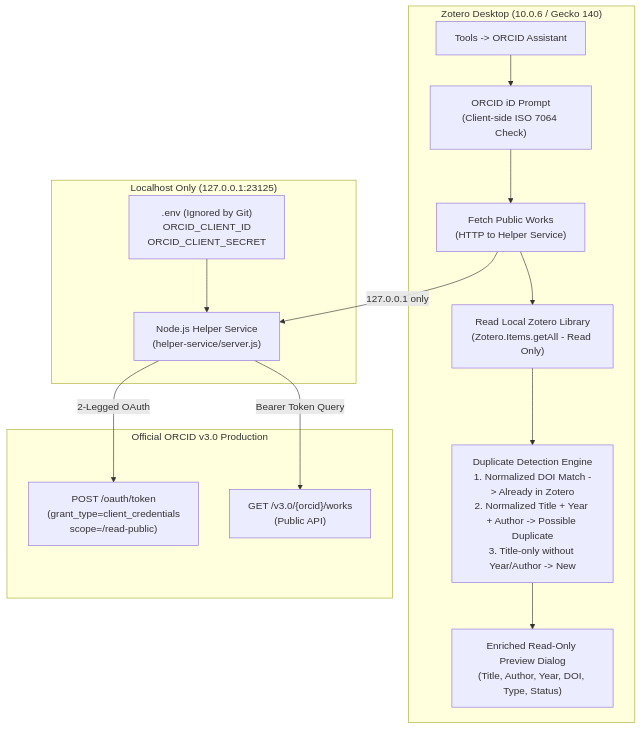
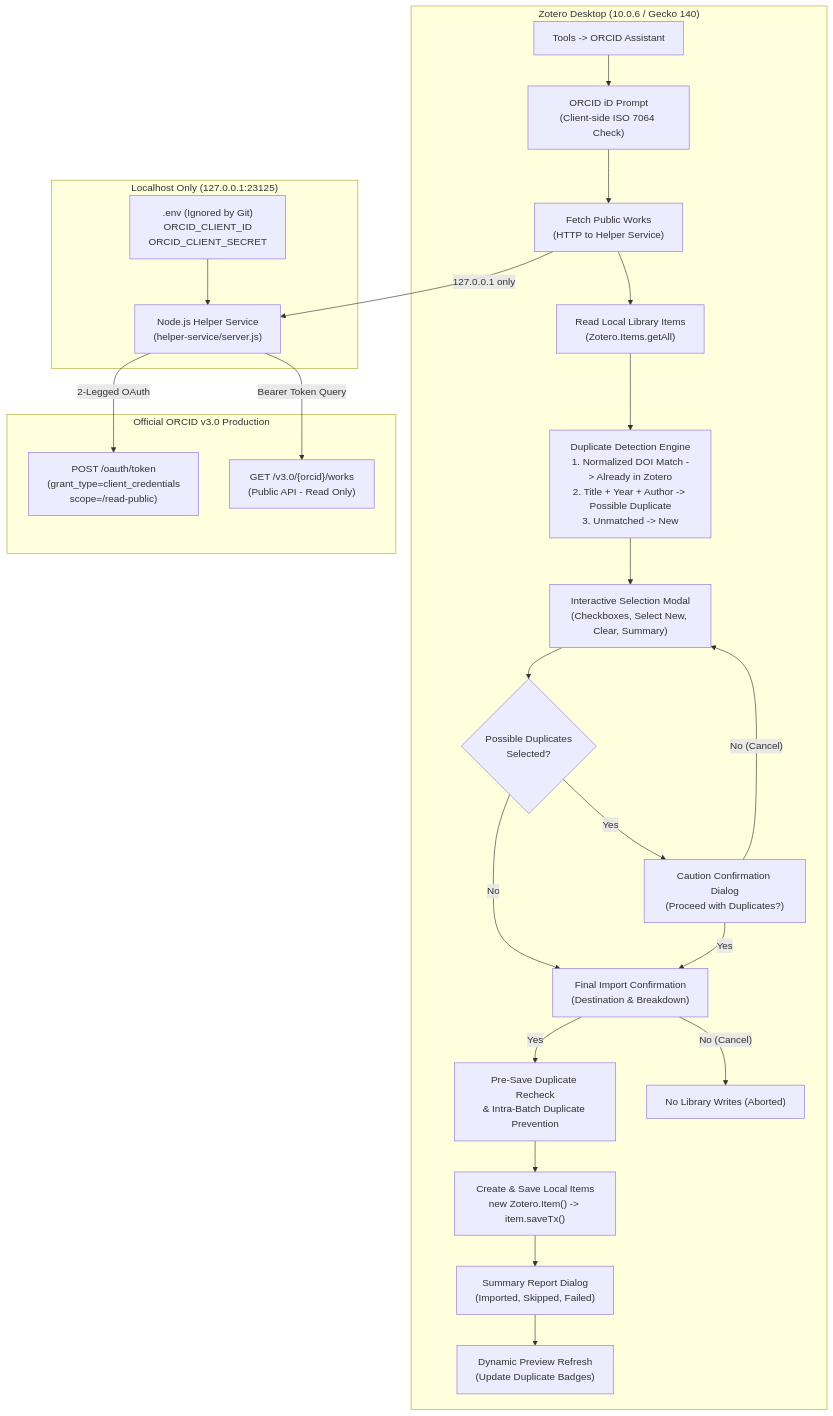
One commit to manavgarg-source3/ORCID-Assistant-for-Zotero-7 changed the diagram in README.md. Above: the diagram before and after it, drawn with Mermaid. The commit also changed other lines of this file and 2 other files, not shown here.

Commit message:
Implement Step 4: Selected publication import to local Zotero library with duplicate rechecking, two-stage confirmation, and full test suite

````diff
--- a/README.md
+++ b/README.md
@@ -17,24 +24,34 @@
 ```mermaid
 flowchart TD
     subgraph ZoteroApp["Zotero Desktop (10.0.6 / Gecko 140)"]
         Menu["Tools -> ORCID Assistant"] --> Prompt["ORCID iD Prompt\n(Client-side ISO 7064 Check)"]
         Prompt --> FetchWorks["Fetch Public Works\n(HTTP to Helper Service)"]
-        FetchWorks --> LocalLib["Read Local Zotero Library\n(Zotero.Items.getAll - Read Only)"]
-        LocalLib --> DupDetection["Duplicate Detection Engine\n1. Normalized DOI Match -> Already in Zotero\n2. Normalized Title + Year + Author -> Possible Duplicate\n3. Title-only without Year/Author -> New"]
-        DupDetection --> Preview["Enriched Read-Only Preview Dialog\n(Title, Author, Year, DOI, Type, Status)"]
+        FetchWorks --> LocalLib["Read Local Library Items\n(Zotero.Items.getAll)"]
+        LocalLib --> DupDetection["Duplicate Detection Engine\n1. Normalized DOI Match -> Already in Zotero\n2. Title + Year + Author -> Possible Duplicate\n3. Unmatched -> New"]
+        DupDetection --> Modal["Interactive Selection Modal\n(Checkboxes, Select New, Clear, Summary)"]
+        Modal --> ConfirmDup{"Possible Duplicates\nSelected?"}
+        ConfirmDup -- Yes --> PromptDup["Caution Confirmation Dialog\n(Proceed with Duplicates?)"]
+        ConfirmDup -- No --> ConfirmFinal["Final Import Confirmation\n(Destination & Breakdown)"]
+        PromptDup -- Yes --> ConfirmFinal
+        PromptDup -- No (Cancel) --> Modal
+        ConfirmFinal -- Yes --> PreSaveCheck["Pre-Save Duplicate Recheck\n& Intra-Batch Duplicate Prevention"]
+        ConfirmFinal -- No (Cancel) --> Abort["No Library Writes (Aborted)"]
+        PreSaveCheck --> ZoteroCreate["Create & Save Local Items\nnew Zotero.Item() -> item.saveTx()"]
+        ZoteroCreate --> Report["Summary Report Dialog\n(Imported, Skipped, Failed)"]
+        Report --> Refresh["Dynamic Preview Refresh\n(Update Duplicate Badges)"]
     end
 
     subgraph HostService["Localhost Only (127.0.0.1:23125)"]
         Helper["Node.js Helper Service\n(helper-service/server.js)"]
         Env[".env (Ignored by Git)\nORCID_CLIENT_ID\nORCID_CLIENT_SECRET"] --> Helper
     end
 
     subgraph ORCIDReg["Official ORCID v3.0 Production"]
         TokenEndpoint["POST /oauth/token\n(grant_type=client_credentials\nscope=/read-public)"]
-        WorksEndpoint["GET /v3.0/{orcid}/works\n(Public API)"]
+        WorksEndpoint["GET /v3.0/{orcid}/works\n(Public API - Read Only)"]
     end
 
     FetchWorks -- "127.0.0.1 only" --> Helper
     Helper -- "2-Legged OAuth" --> TokenEndpoint
     Helper -- "Bearer Token Query" --> WorksEndpoint
 ```
````
